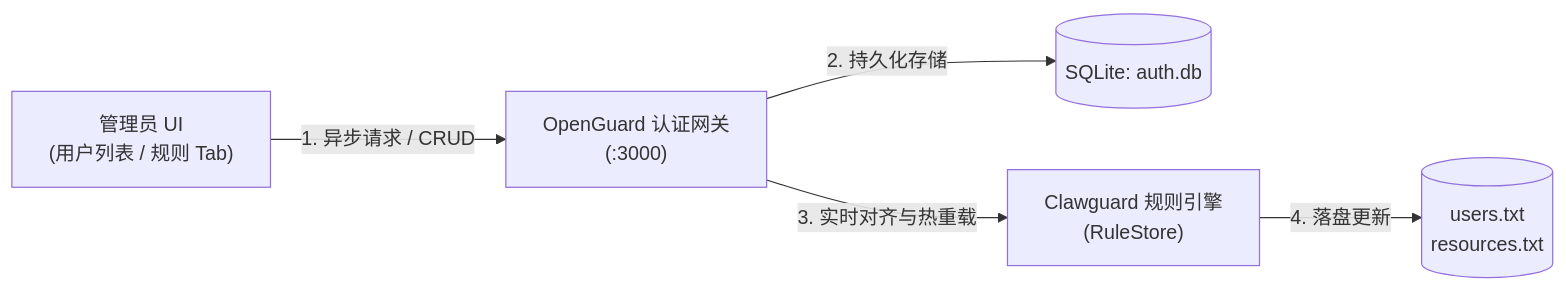
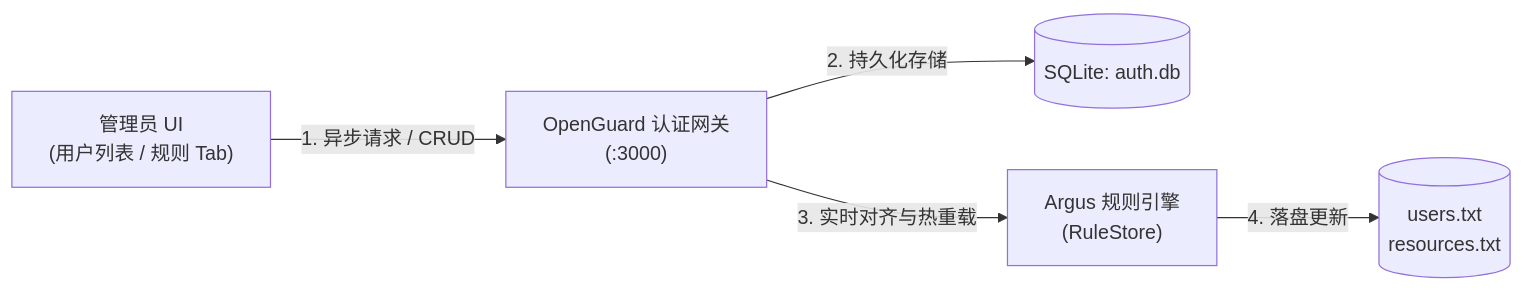
Before and after one commit to FerryOTTO/Argus: the first of 3 diagrams in docs/归档/设计稿v7/访问控制v7.md, drawn with Mermaid. The commit also changed other lines of this file and 418 other files, not shown here.

````diff
--- a/docs/归档/设计稿v7/访问控制v7.md
+++ b/docs/归档/设计稿v7/访问控制v7.md
@@ -21,7 +21,7 @@
 ```mermaid
 flowchart LR
     Admin["管理员 UI<br/>(用户列表 / 规则 Tab)"] -->|"1. 异步请求 / CRUD"| OG["OpenGuard 认证网关<br/>(:3000)"]
     OG -->|"2. 持久化存储"| DB[("SQLite: auth.db")]
-    OG -->|"3. 实时对齐与热重载"| AC["Clawguard 规则引擎<br/>(RuleStore)"]
+    OG -->|"3. 实时对齐与热重载"| AC["Argus 规则引擎<br/>(RuleStore)"]
     AC -->|"4. 落盘更新"| Disk[("users.txt<br/>resources.txt")]
 ```
````
